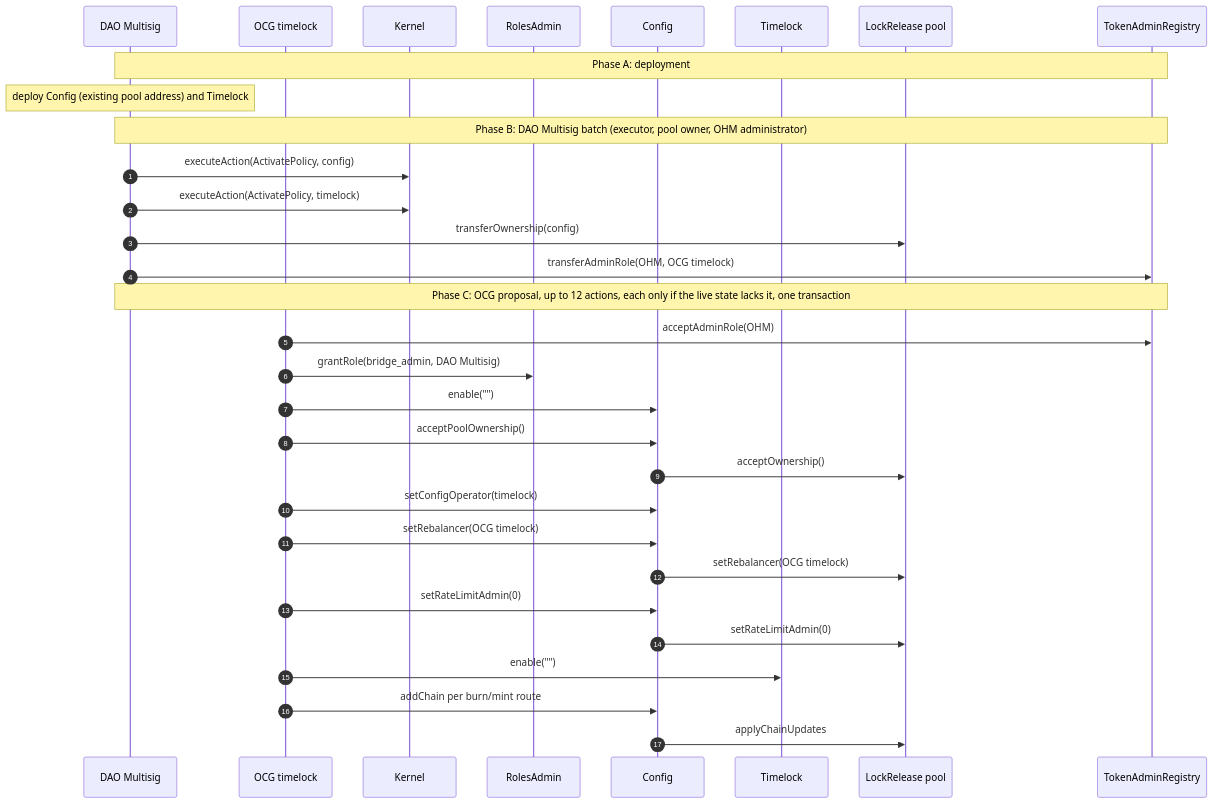
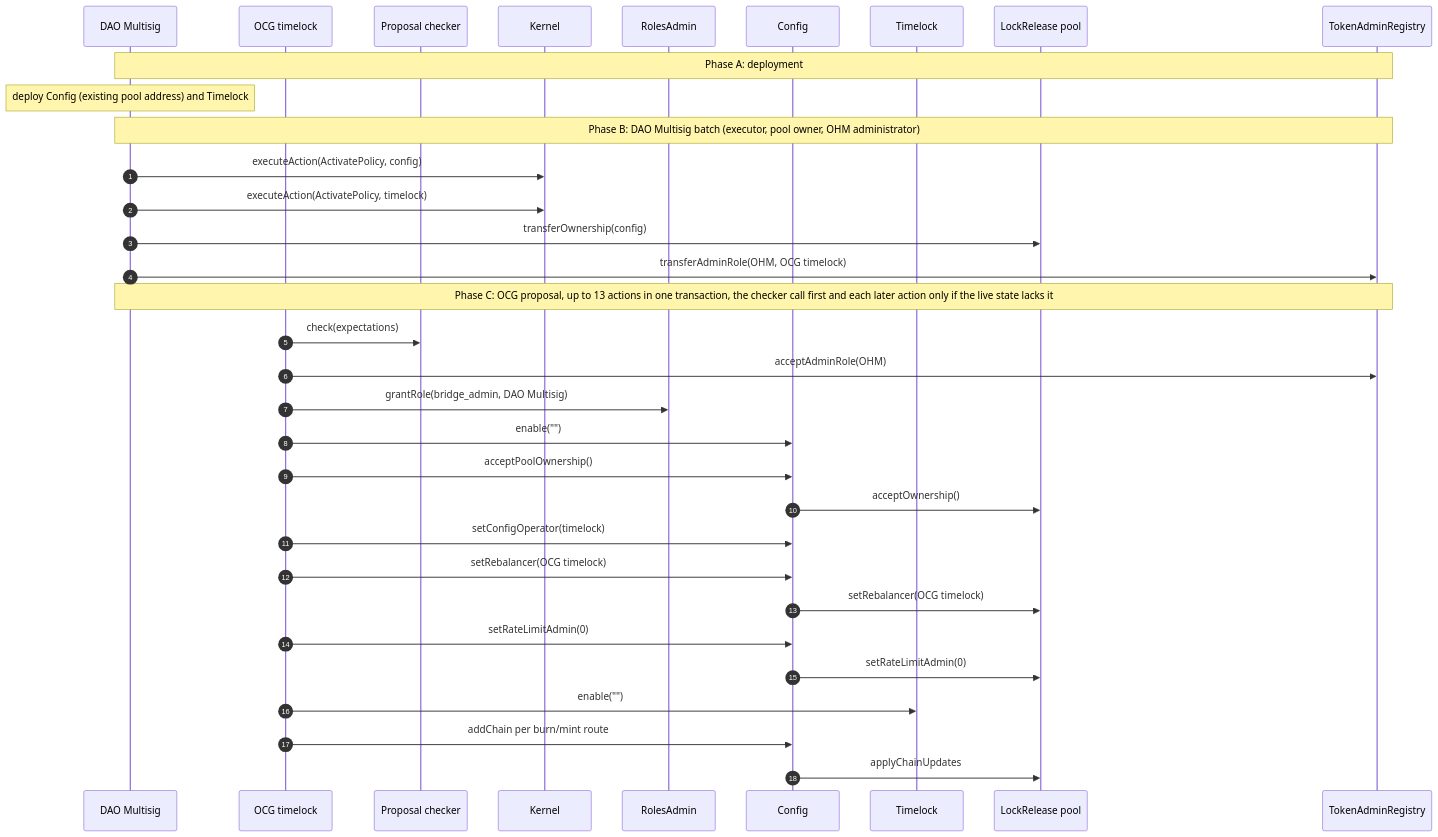
Before and after one commit to OlympusDAO/olympus-v3: the second of 7 diagrams in documentation/bridge/ccip/MIGRATION.md, drawn with Mermaid. The commit also changed 4 other files, not shown here.

````diff
--- a/documentation/bridge/ccip/MIGRATION.md
+++ b/documentation/bridge/ccip/MIGRATION.md
@@ -24,36 +24,38 @@
 ```mermaid
 sequenceDiagram
     autonumber
     participant DAO as DAO Multisig
     participant OCG as OCG timelock
+    participant CH as Proposal checker
     participant K as Kernel
     participant RA as RolesAdmin
     participant C as Config
     participant T as Timelock
     participant P as LockRelease pool
     participant REG as TokenAdminRegistry
 
     Note over DAO,REG: Phase A: deployment
     Note over DAO: deploy Config (existing pool address) and Timelock
 
     Note over DAO,REG: Phase B: DAO Multisig batch (executor, pool owner, OHM administrator)
     DAO->>K: executeAction(ActivatePolicy, config)
     DAO->>K: executeAction(ActivatePolicy, timelock)
     DAO->>P: transferOwnership(config)
     DAO->>REG: transferAdminRole(OHM, OCG timelock)
 
-    Note over DAO,REG: Phase C: OCG proposal, up to 12 actions, each only if the live state lacks it, one transaction
+    Note over DAO,REG: Phase C: OCG proposal, up to 13 actions in one transaction, the checker call first and each later action only if the live state lacks it
+    OCG->>CH: check(expectations)
     OCG->>REG: acceptAdminRole(OHM)
     OCG->>RA: grantRole(bridge_admin, DAO Multisig)
     OCG->>C: enable("")
     OCG->>C: acceptPoolOwnership()
     C->>P: acceptOwnership()
     OCG->>C: setConfigOperator(timelock)
     OCG->>C: setRebalancer(OCG timelock)
     C->>P: setRebalancer(OCG timelock)
     OCG->>C: setRateLimitAdmin(0)
     C->>P: setRateLimitAdmin(0)
     OCG->>T: enable("")
     OCG->>C: addChain per burn/mint route
     C->>P: applyChainUpdates
 ```
````
